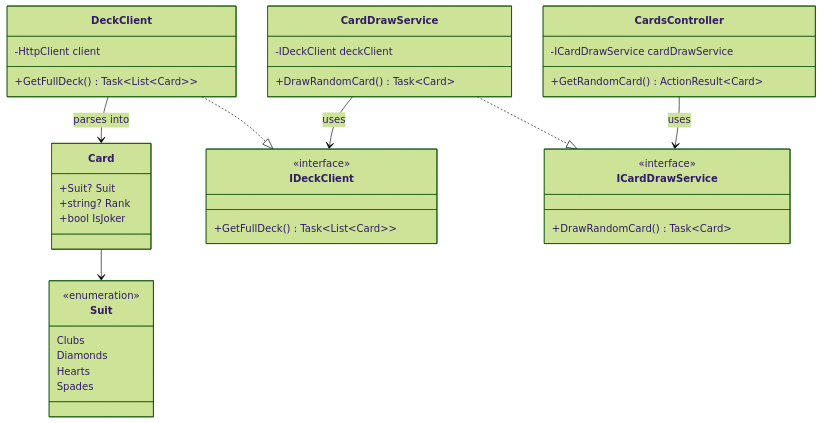
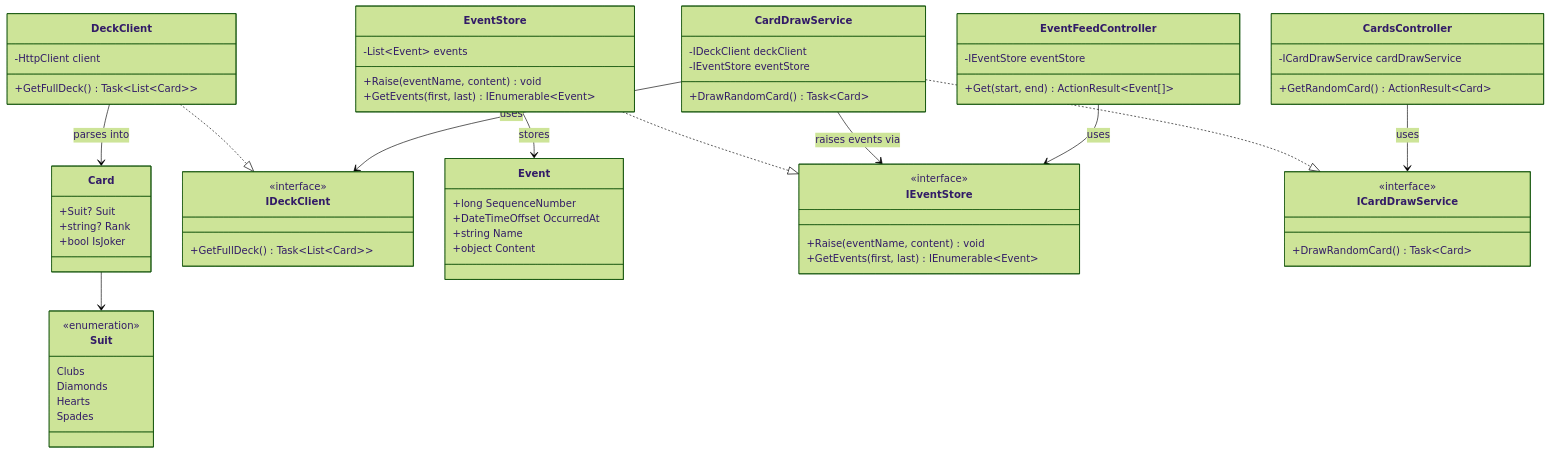
The first of 2 diagrams in README.md (anit3k/diplom-storesys-card-drawer), drawn with Mermaid (forest theme) before and after one commit. The commit also changed other lines of this file and 6 other files, not shown here.

Commit message:
Added event controller and update readme, postmancollection to include eventstore

````diff
--- a/README.md
+++ b/README.md
@@ -66,42 +70,67 @@
 ```mermaid
 classDiagram
   class Suit {
     <<enumeration>>
     Clubs
     Diamonds
     Hearts
     Spades
   }
   class Card {
     +Suit? Suit
     +string? Rank
     +bool IsJoker
   }
   class IDeckClient {
     <<interface>>
     +GetFullDeck() Task~List~Card~~
   }
   class DeckClient {
     -HttpClient client
     +GetFullDeck() Task~List~Card~~
   }
+  class Event {
+    +long SequenceNumber
+    +DateTimeOffset OccurredAt
+    +string Name
+    +object Content
+  }
+  class IEventStore {
+    <<interface>>
+    +Raise(eventName, content) void
+    +GetEvents(first, last) IEnumerable~Event~
+  }
+  class EventStore {
+    -List~Event~ events
+    +Raise(eventName, content) void
+    +GetEvents(first, last) IEnumerable~Event~
+  }
   class ICardDrawService {
     <<interface>>
     +DrawRandomCard() Task~Card~
   }
   class CardDrawService {
     -IDeckClient deckClient
+    -IEventStore eventStore
     +DrawRandomCard() Task~Card~
   }
   class CardsController {
     -ICardDrawService cardDrawService
     +GetRandomCard() ActionResult~Card~
   }
+  class EventFeedController {
+    -IEventStore eventStore
+    +Get(start, end) ActionResult~Event[]~
+  }
 
   DeckClient ..|> IDeckClient
+  EventStore ..|> IEventStore
   CardDrawService ..|> ICardDrawService
   CardDrawService --> IDeckClient : uses
+  CardDrawService --> IEventStore : raises events via
   CardsController --> ICardDrawService : uses
+  EventFeedController --> IEventStore : uses
+  EventStore --> Event : stores
   DeckClient --> Card : parses into
   Card --> Suit
 ```
````
